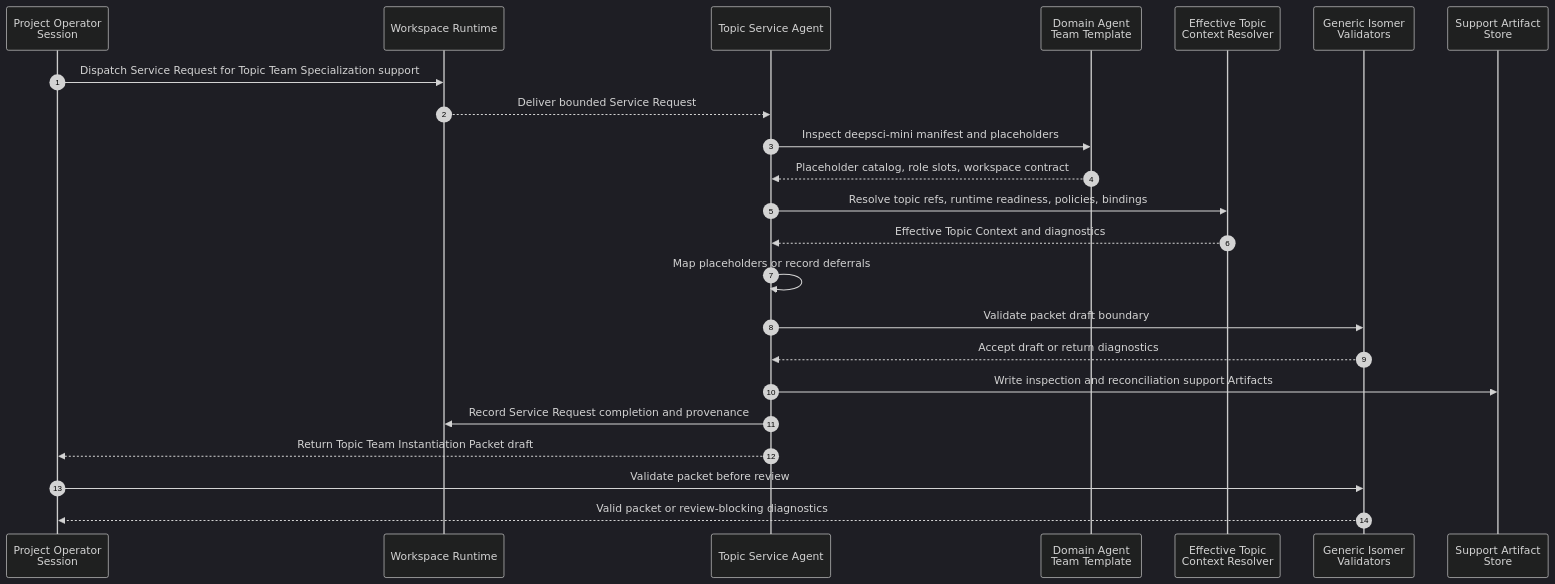
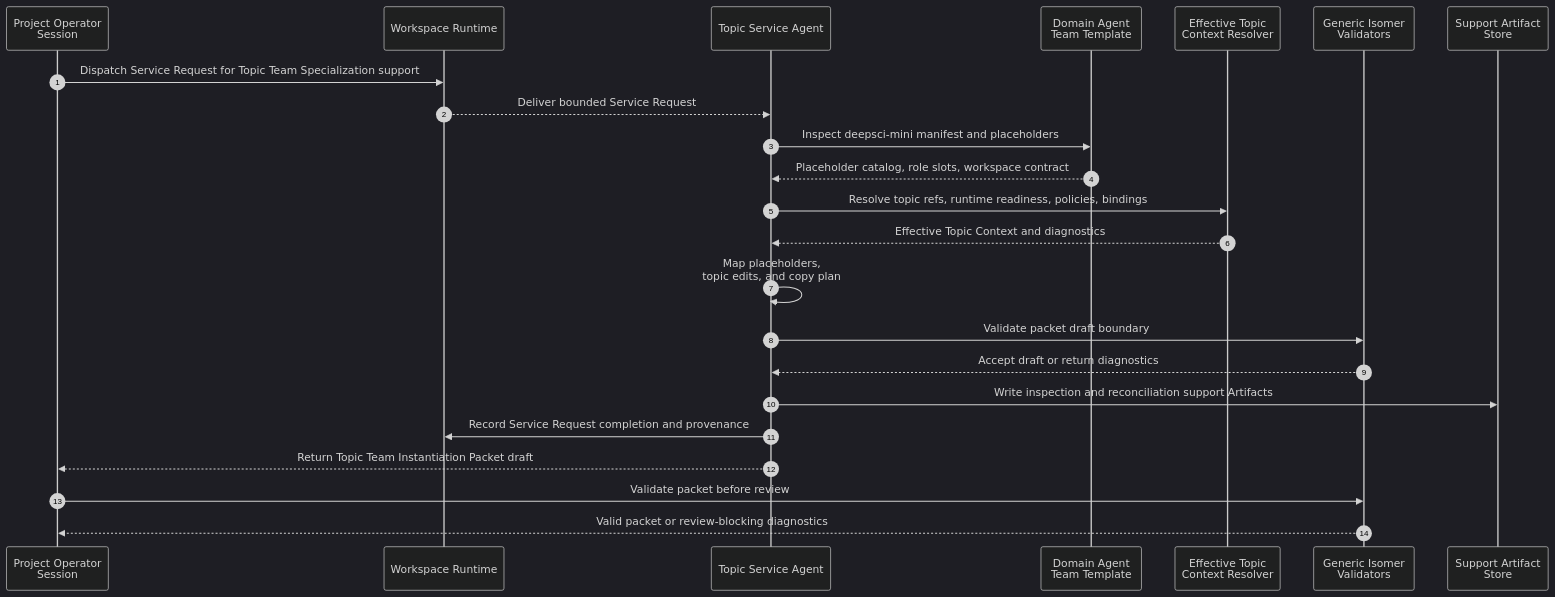
Before and after one commit to CodeGandee/isomer-labs: the second of 2 diagrams in openspec/changes/add-operator-agent-topic-team-instantiation/explore/use-cases/uc-02-topic-service-agent-drafts-instantiation-packet.md, drawn with Mermaid (dark theme). The commit also changed other lines of this file and 79 other files, not shown here.

````diff
--- a/openspec/changes/add-operator-agent-topic-team-instantiation/explore/use-cases/uc-02-topic-service-agent-drafts-instantiation-packet.md
+++ b/openspec/changes/add-operator-agent-topic-team-instantiation/explore/use-cases/uc-02-topic-service-agent-drafts-instantiation-packet.md
@@ -64,26 +66,26 @@
 ```mermaid
 sequenceDiagram
   autonumber
   participant Session as Project Operator<br/>Session
   participant Runtime as Workspace Runtime
   participant Service as Topic Service Agent
   participant Template as Domain Agent<br/>Team Template
   participant Context as Effective Topic<br/>Context Resolver
   participant Validator as Generic Isomer<br/>Validators
   participant Artifacts as Support Artifact<br/>Store
 
   Session->>Runtime: Dispatch Service Request for Topic Team Specialization support
   Runtime-->>Service: Deliver bounded Service Request
   Service->>Template: Inspect deepsci-mini manifest and placeholders
   Template-->>Service: Placeholder catalog, role slots, workspace contract
   Service->>Context: Resolve topic refs, runtime readiness, policies, bindings
   Context-->>Service: Effective Topic Context and diagnostics
-  Service->>Service: Map placeholders or record deferrals
+  Service->>Service: Map placeholders,<br/>topic edits, and copy plan
   Service->>Validator: Validate packet draft boundary
   Validator-->>Service: Accept draft or return diagnostics
   Service->>Artifacts: Write inspection and reconciliation support Artifacts
   Service->>Runtime: Record Service Request completion and provenance
   Service-->>Session: Return Topic Team Instantiation Packet draft
   Session->>Validator: Validate packet before review
   Validator-->>Session: Valid packet or review-blocking diagnostics
 ```
````
